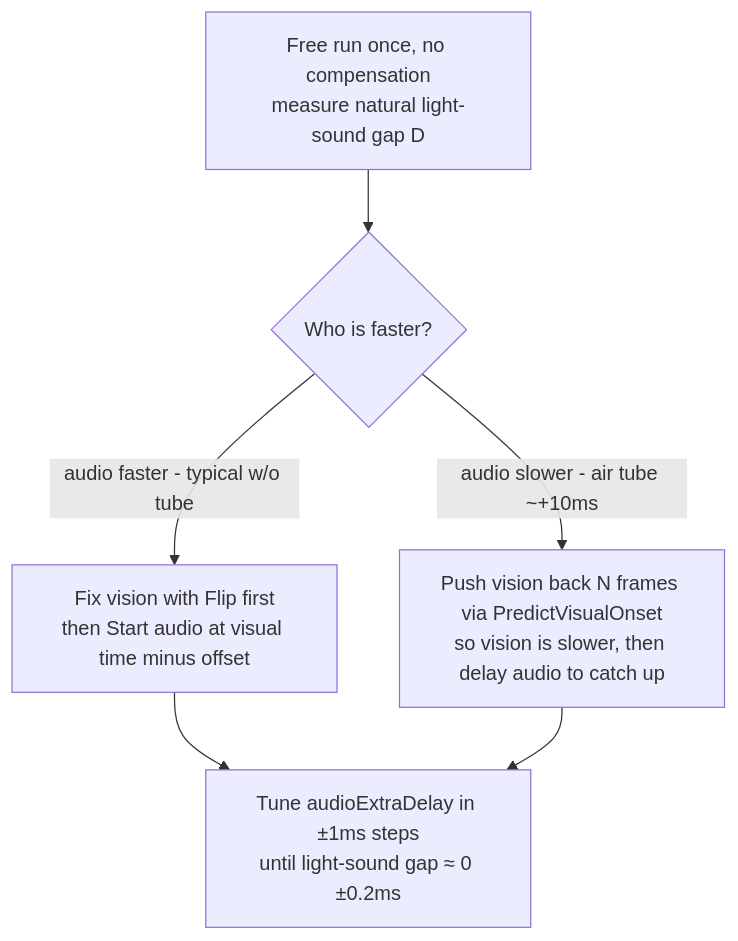
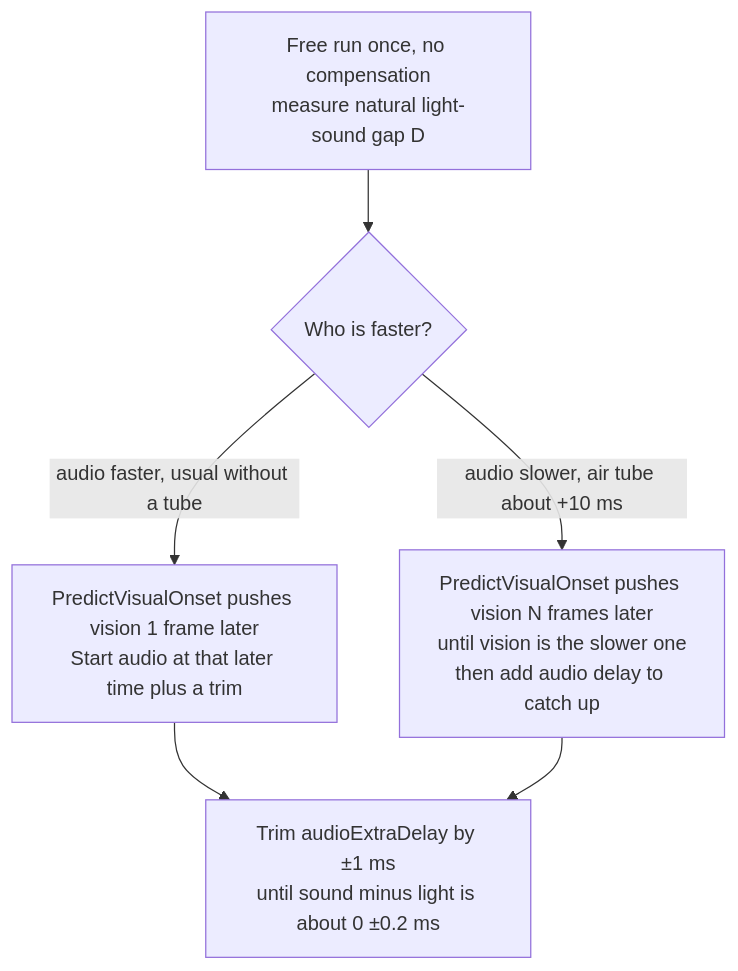
Before and after one commit to Echoguwy/ptb-av-timing: the fifth of 6 diagrams in High-Precision-AV-Stimulation-Manual.md, drawn with Mermaid. The commit also changed other lines of this file and 7 other files, not shown here.

````diff
--- a/High-Precision-AV-Stimulation-Manual.md
+++ b/High-Precision-AV-Stimulation-Manual.md
@@ -208,8 +216,8 @@
 ```mermaid
 flowchart TD
     A[Free run once, no compensation<br/>measure natural light-sound gap D] --> B{Who is faster?}
-    B -->|audio faster - typical w/o tube| C[Fix vision with Flip first<br/>then Start audio at visual time minus offset]
-    B -->|audio slower - air tube ~+10ms| D[Push vision back N frames via PredictVisualOnset<br/>so vision is slower, then delay audio to catch up]
-    C --> E[Tune audioExtraDelay in ±1ms steps<br/>until light-sound gap ≈ 0 ±0.2ms]
+    B -->|audio faster, usual without a tube| C[PredictVisualOnset pushes vision 1 frame later<br/>Start audio at that later time plus a trim]
+    B -->|audio slower, air tube about +10 ms| D[PredictVisualOnset pushes vision N frames later<br/>until vision is the slower one<br/>then add audio delay to catch up]
+    C --> E[Trim audioExtraDelay by ±1 ms<br/>until sound minus light is about 0 ±0.2 ms]
     D --> E
 ```
````
